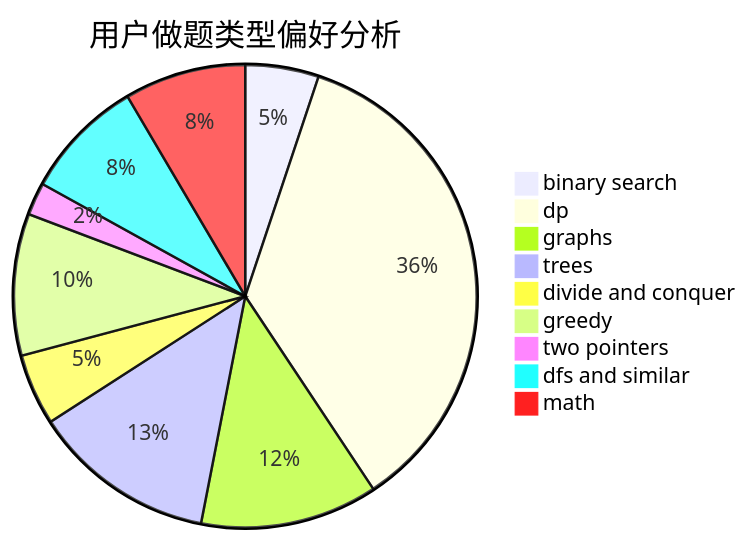
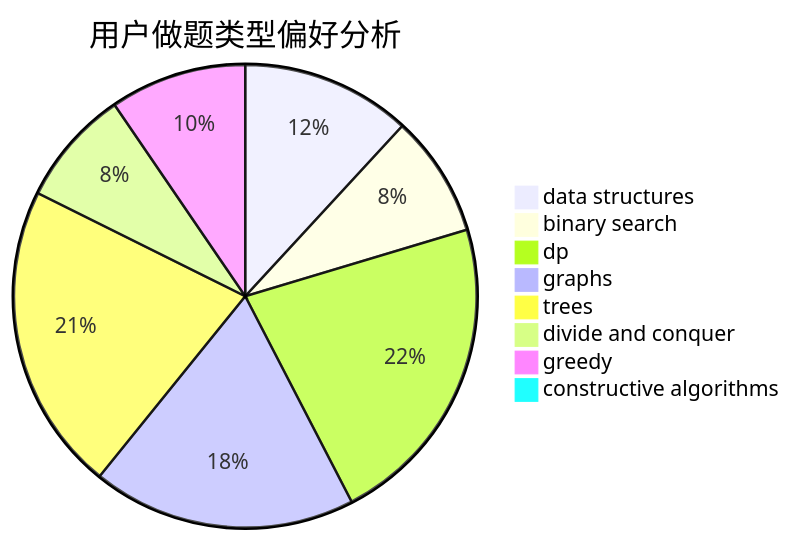
The second of 3 diagrams in docs/user/u806.md (sherpahu/cfrs.github.io), drawn with Mermaid before and after one commit. The commit also changed other lines of this file and 2775 other files, not shown here.

````diff
--- a/docs/user/u806.md
+++ b/docs/user/u806.md
@@ -23,12 +23,11 @@
 ```mermaid
 pie title 用户做题类型偏好分析
-    "binary search" :  72
-    "dp" :  499
-    "graphs" :  174
-    "trees" :  180
-    "divide and conquer" :  70
-    "greedy" :  139
-    "two pointers" :  32
-    "dfs and similar" :  119
-    "math" :  119
+    "data structures" :  92
+    "binary search" :  66
+    "dp" :  171
+    "graphs" :  143
+    "trees" :  167
+    "divide and conquer" :  63
+    "greedy" :  74
+    "constructive algorithms" :  1
 ```
````
